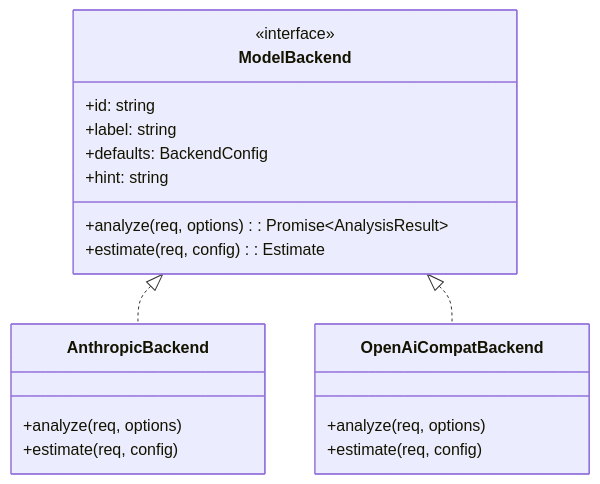
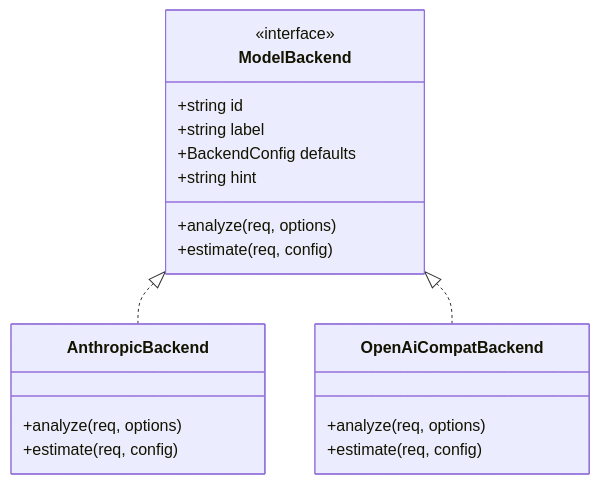
One commit to lee195/fresh-eyes changed the second of 3 diagrams in TECHNICAL_OVERVIEW.md. Above: the diagram before and after it, drawn with Mermaid. The commit also changed other lines of this file, not shown here.

Commit message:
fix mermaid diagrams

````diff
--- a/TECHNICAL_OVERVIEW.md
+++ b/TECHNICAL_OVERVIEW.md
@@ -222,22 +224,22 @@
 ```mermaid
 classDiagram
     class ModelBackend {
         <<interface>>
-        +id: string
-        +label: string
-        +defaults: BackendConfig
-        +hint: string
-        +analyze(req, options): Promise~AnalysisResult~
-        +estimate(req, config): Estimate
+        +string id
+        +string label
+        +BackendConfig defaults
+        +string hint
+        +analyze(req, options)
+        +estimate(req, config)
     }
     class AnthropicBackend {
         +analyze(req, options)
         +estimate(req, config)
     }
     class OpenAiCompatBackend {
         +analyze(req, options)
         +estimate(req, config)
     }
     ModelBackend <|.. AnthropicBackend
     ModelBackend <|.. OpenAiCompatBackend
 ```
````
